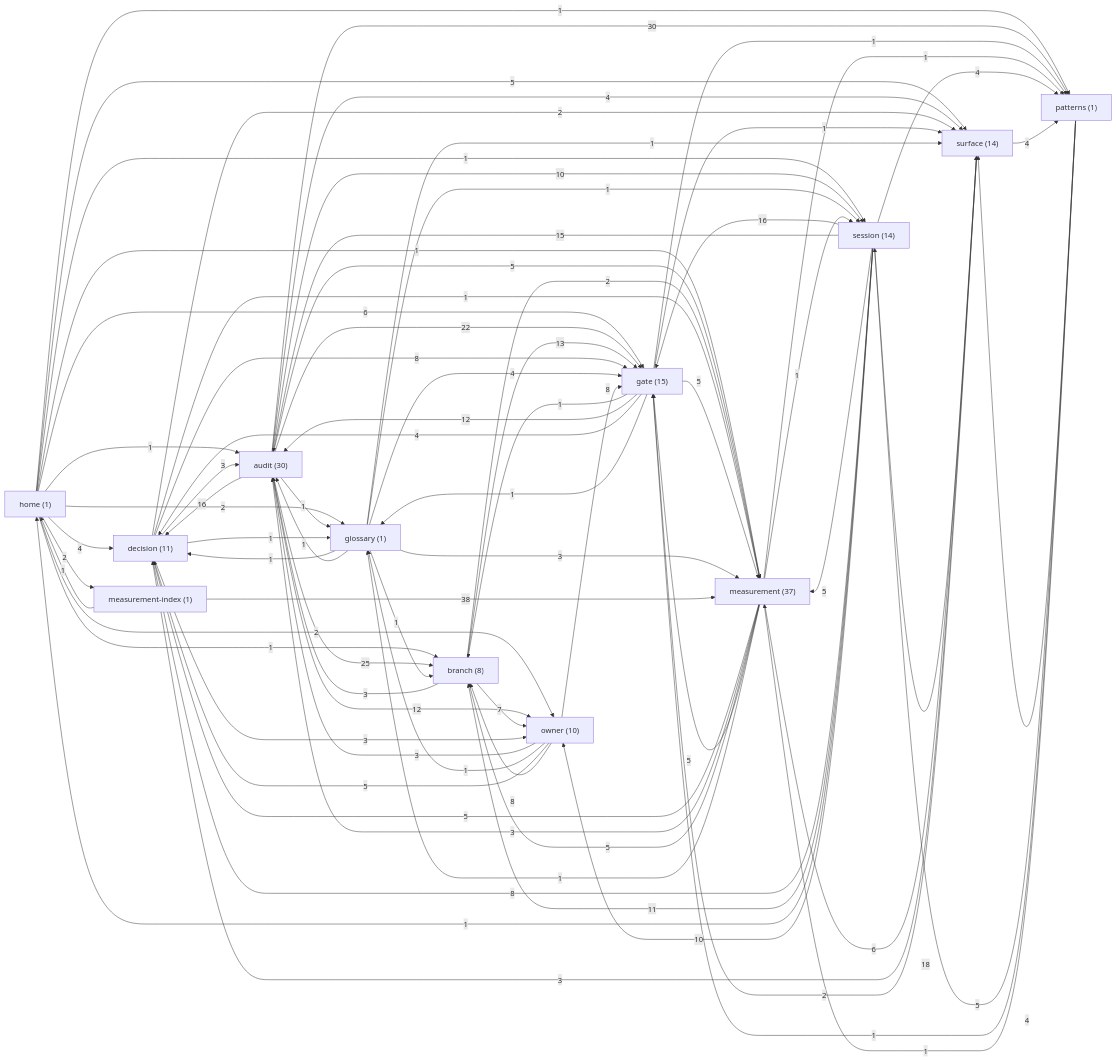
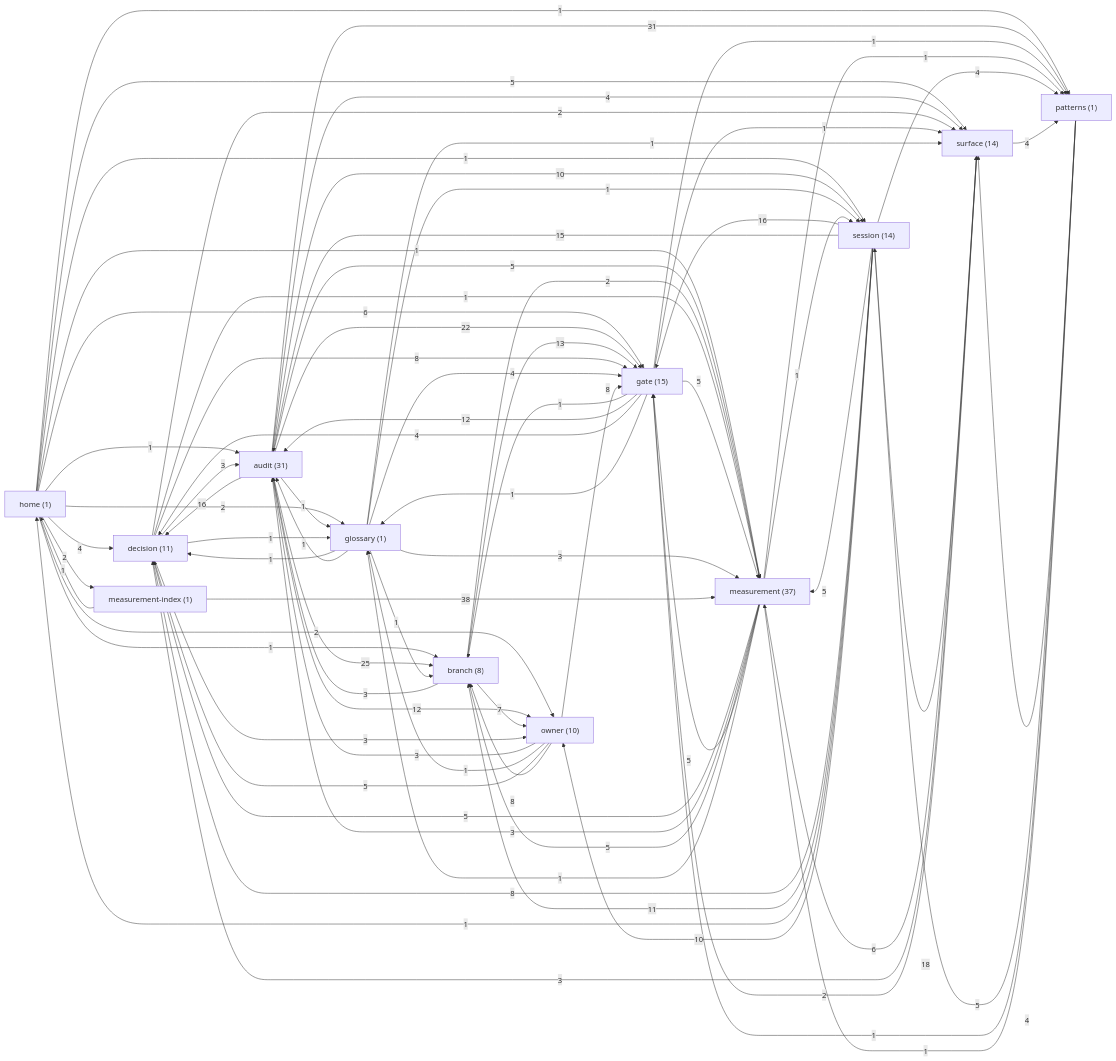
One commit to sergey9519546/STORYMACHINE changed the diagram in docs/brain/GRAPH.md. Above: the diagram before and after it, drawn with Mermaid. The commit also changed other lines of this file and 1 other file, not shown here.

Commit message:
docs(brain): regenerate graph for per-pass-diagnostics audit note
Claude-Session: https://claude.ai/code/session_018Z5iZ1M9Z1KR3tDYhxUKGd

````diff
--- a/docs/brain/GRAPH.md
+++ b/docs/brain/GRAPH.md
@@ -9,7 +9,7 @@
 ```mermaid
 graph LR
   home["home (1)"]
-  audit["audit (30)"]
+  audit["audit (31)"]
   branch["branch (8)"]
   decision["decision (11)"]
   gate["gate (15)"]
@@ -36,7 +36,7 @@
   audit -->|25| branch
   audit -->|22| gate
   audit -->|16| decision
-  audit -->|30| patterns
+  audit -->|31| patterns
   audit -->|12| owner
   audit -->|4| surface
   audit -->|5| measurement
````
